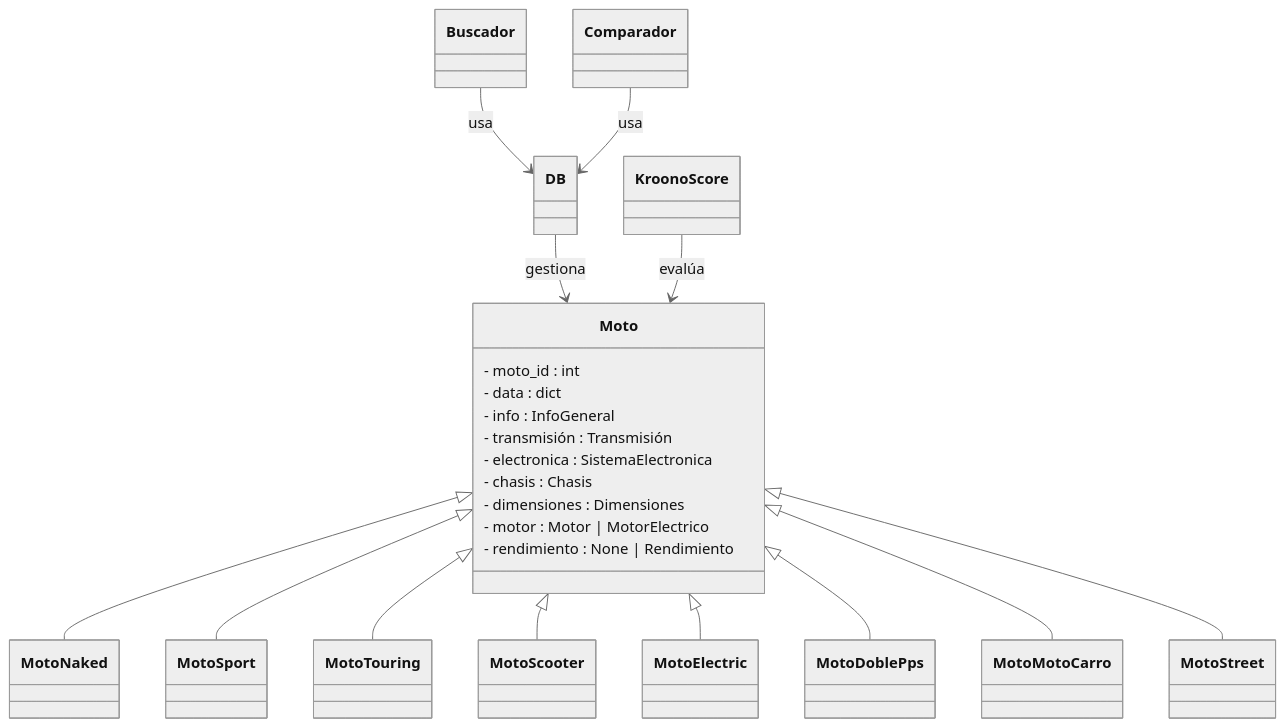
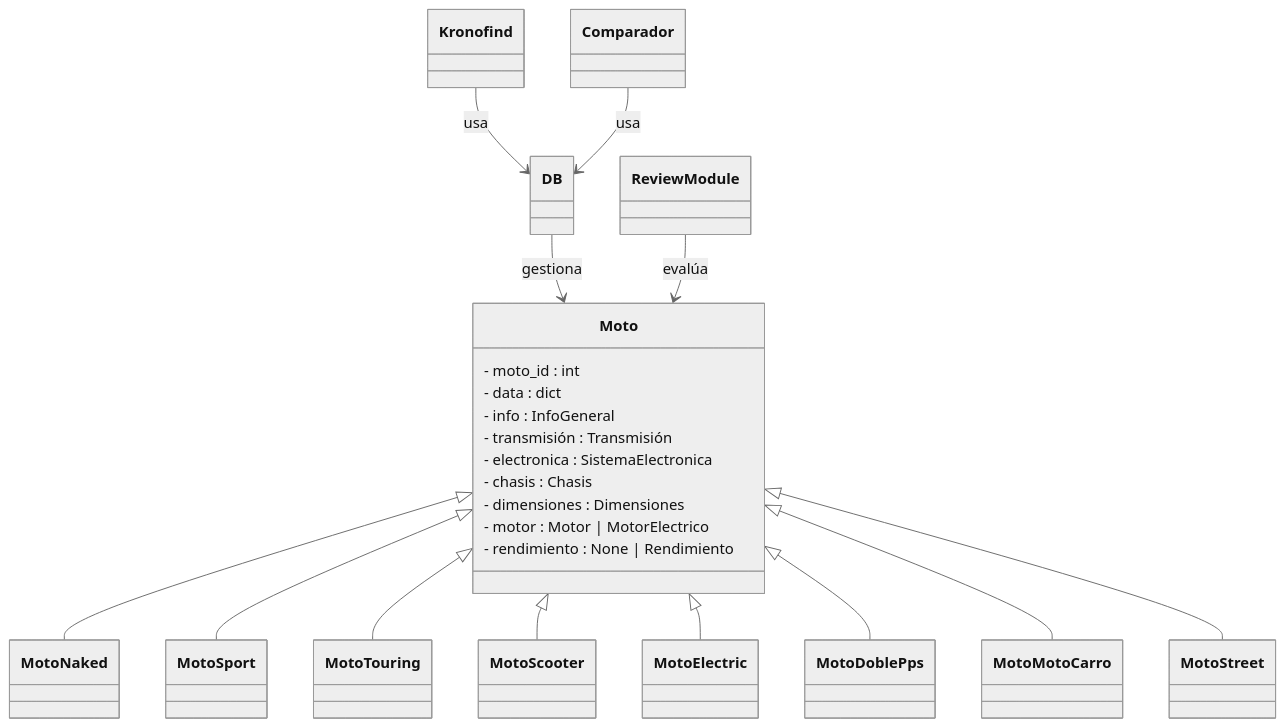
The first of 6 diagrams in README.md (NotName-K/proj_Lkvk), drawn with Mermaid (neutral theme) before and after one commit. The commit also changed other lines of this file, not shown here.

````diff
--- a/README.md
+++ b/README.md
@@ -65,71 +65,71 @@
 ```mermaid
 classDiagram
     class Moto {
         - moto_id : int
         - data : dict
         - info : InfoGeneral
         - transmisión : Transmisión
         - electronica : SistemaElectronica
         - chasis : Chasis
         - dimensiones : Dimensiones
         - motor : Motor | MotorElectrico
         - rendimiento : None | Rendimiento
     }
     class MotoSport {
         
     }
     class MotoTouring {
         
     }
 
     class MotoScooter {
         
     }
     class MotoElectric {
         
     }
     class MotoDoblePps {
         
     }
     class MotoMotoCarro {
         
     }
     class MotoNaked {
         
     }
 
     class MotoStreet {
         
     }
 
-    class Buscador {
+    class Kronofind {
        
     }
 
     class Comparador {
         
     }
 
-    class KroonoScore {
+    class ReviewModule {
        
     }
 
     class DB {
         
     }
 
  
     Moto <|-- MotoNaked
     Moto <|-- MotoSport
     Moto <|-- MotoTouring
     Moto <|-- MotoScooter
     Moto <|-- MotoElectric
     Moto <|-- MotoDoblePps
     Moto <|-- MotoMotoCarro
     Moto <|-- MotoStreet
     
-     DB --> Moto : gestiona
-    Buscador --> DB : usa
+    DB --> Moto : gestiona
+    Kronofind --> DB : usa
     Comparador --> DB : usa
-    KroonoScore --> Moto : evalúa
+    ReviewModule --> Moto : evalúa
 ```
````
